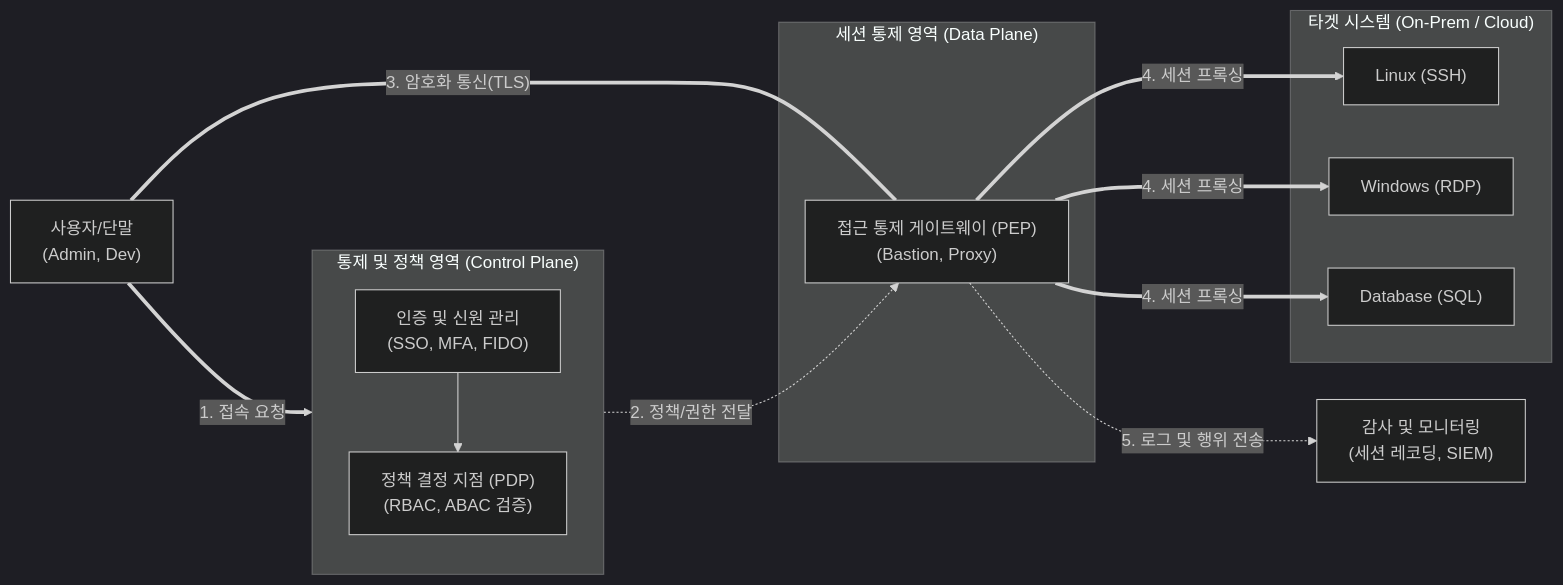
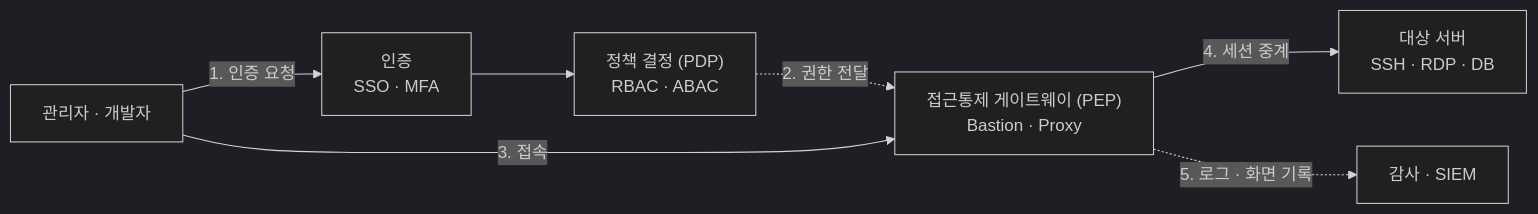
Before and after one commit to supremethumb/supremethumb.github.io: the diagram in content/01_IT Tech/서버 접근 통제.md, drawn with Mermaid (dark theme). The commit also changed other lines of this file and 1087 other files, not shown here.

````diff
--- a/content/01_IT Tech/서버 접근 통제.md
+++ b/content/01_IT Tech/서버 접근 통제.md
@@ -23,32 +34,9 @@
 ```mermaid
 flowchart LR
-    User["사용자/단말<br/>(Admin, Dev)"]
-    
-    subgraph ControlPlane["통제 및 정책 영역 (Control Plane)"]
-        direction TB
-        IdP["인증 및 신원 관리<br/>(SSO, MFA, FIDO)"]
-        PDP["정책 결정 지점 (PDP)<br/>(RBAC, ABAC 검증)"]
-        IdP --> PDP
-    end
-    
-    subgraph DataPlane["세션 통제 영역 (Data Plane)"]
-        PEP["접근 통제 게이트웨이 (PEP)<br/>(Bastion, Proxy)"]
-    end
-    
-    subgraph Target["타겟 시스템 (On-Prem / Cloud)"]
-        Linux["Linux (SSH)"]
-        Win["Windows (RDP)"]
-        DB["Database (SQL)"]
-    end
-    
-    Audit["감사 및 모니터링<br/>(세션 레코딩, SIEM)"]
-
-    User == "1. 접속 요청" ==> IdP
-    PDP -. "2. 정책/권한 전달" .-> PEP
-    User == "3. 암호화 통신(TLS)" === PEP
-    PEP == "4. 세션 프록싱" ==> Linux
-    PEP == "4. 세션 프록싱" ==> Win
-    PEP == "4. 세션 프록싱" ==> DB
-    PEP -. "5. 로그 및 행위 전송" .-> Audit
-
+    U["관리자 · 개발자"] -->|"1. 인증 요청"| IDP["인증<br/>SSO · MFA"]
+    IDP --> PDP["정책 결정 (PDP)<br/>RBAC · ABAC"]
+    PDP -.->|"2. 권한 전달"| PEP
+    U -->|"3. 접속"| PEP["접근통제 게이트웨이 (PEP)<br/>Bastion · Proxy"]
+    PEP -->|"4. 세션 중계"| T["대상 서버<br/>SSH · RDP · DB"]
+    PEP -.->|"5. 로그 · 화면 기록"| A["감사 · SIEM"]
 ```
````
